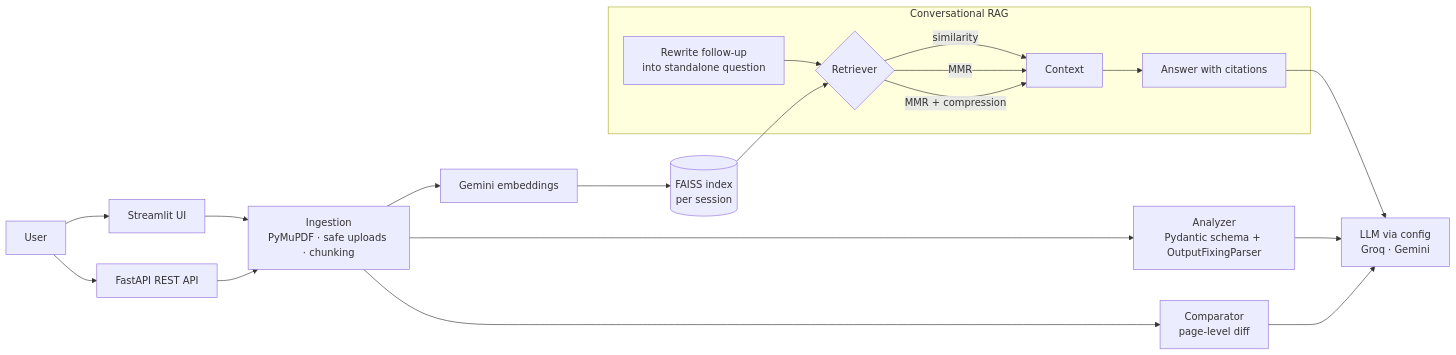
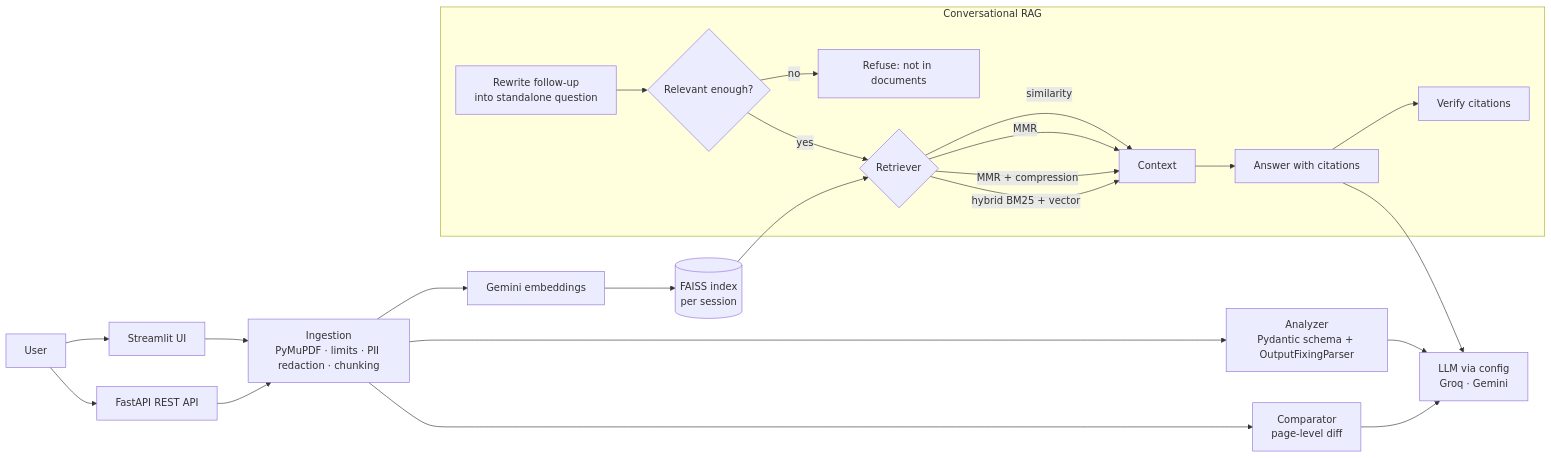
Before and after one commit to Saravanakumar-SKASC/Document-Portal: the diagram in README.md, drawn with Mermaid. The commit also changed other lines of this file and 31 other files, not shown here.

````diff
--- a/README.md
+++ b/README.md
@@ -25,21 +29,26 @@
 ```mermaid
 flowchart LR
     U[User] --> UI[Streamlit UI]
     U --> API[FastAPI REST API]
-    UI & API --> ING[Ingestion<br/>PyMuPDF · safe uploads · chunking]
+    UI & API --> ING[Ingestion<br/>PyMuPDF · limits · PII redaction · chunking]
     ING --> EMB[Gemini embeddings]
     EMB --> VS[(FAISS index<br/>per session)]
 
     subgraph RAG[Conversational RAG]
-        RW[Rewrite follow-up<br/>into standalone question] --> RET{Retriever}
-        RET -->|similarity| CTX[Context]
+        RW[Rewrite follow-up<br/>into standalone question]
+        RET{Retriever} -->|similarity| CTX[Context]
         RET -->|MMR| CTX
         RET -->|MMR + compression| CTX
+        RET -->|hybrid BM25 + vector| CTX
+        RW --> GATE{Relevant enough?}
+        GATE -->|no| REF[Refuse: not in documents]
+        GATE -->|yes| RET
         CTX --> ANS[Answer with citations]
+        ANS --> CHK[Verify citations]
     end
 
     VS --> RET
     ING --> AN[Analyzer<br/>Pydantic schema + OutputFixingParser]
     ING --> CMP[Comparator<br/>page-level diff]
     ANS & AN & CMP --> LLM[LLM via config<br/>Groq · Gemini]
 ```
````
